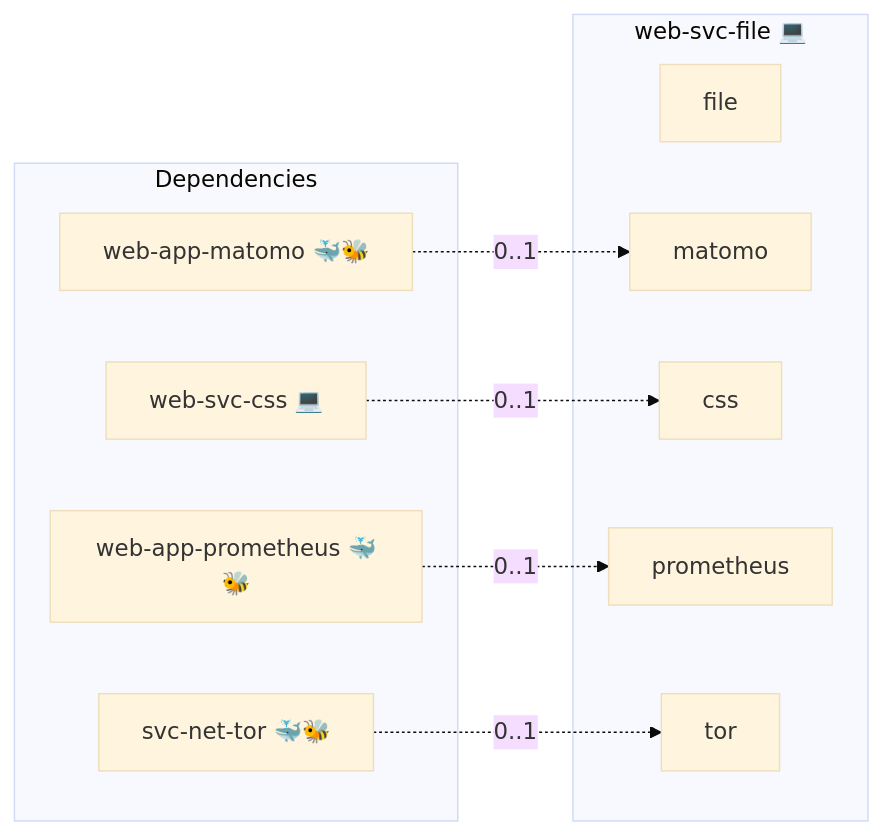
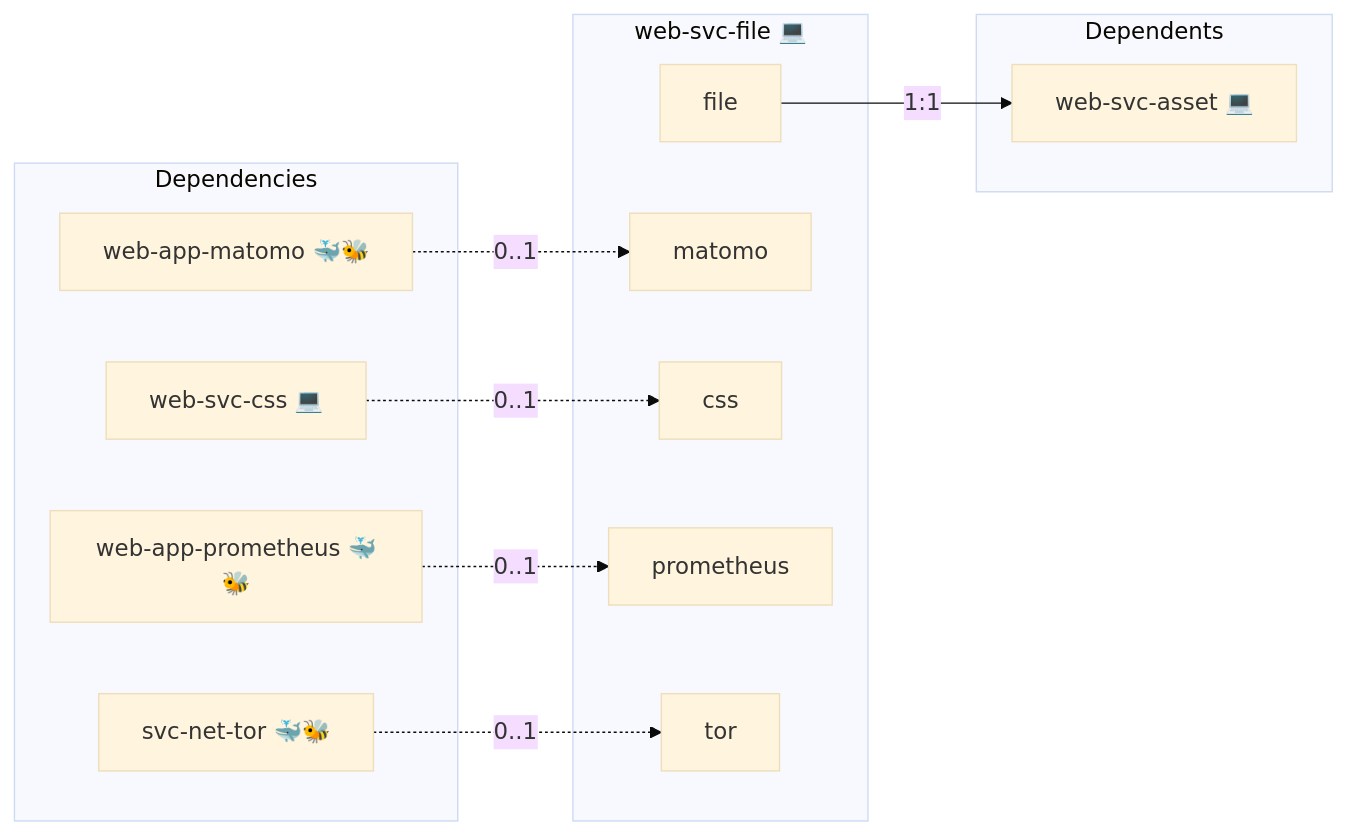
The diagram in roles/web-svc-file/README.md (AlejandroRomanIbanez/infinito-nexus), drawn with Mermaid (base theme) before and after one commit. The commit also changed other lines of this file and 256 other files, not shown here.

````diff
--- a/roles/web-svc-file/README.md
+++ b/roles/web-svc-file/README.md
@@ -15,20 +15,24 @@
 ```mermaid
 flowchart LR
     subgraph deps [Dependencies]
         dep_svc_net_tor["svc-net-tor 🐳🐝"]
         dep_web_app_matomo["web-app-matomo 🐳🐝"]
         dep_web_app_prometheus["web-app-prometheus 🐳🐝"]
         dep_web_svc_css["web-svc-css 💻"]
     end
     subgraph role [web-svc-file 💻]
         svc_file["file"]
         svc_matomo["matomo"]
         svc_css["css"]
         svc_prometheus["prometheus"]
         svc_tor["tor"]
     end
+    subgraph dependents [Dependents]
+        dpt_web_svc_asset["web-svc-asset 💻"]
+    end
     dep_svc_net_tor -. "0..1" .-> svc_tor
     dep_web_app_matomo -. "0..1" .-> svc_matomo
     dep_web_app_prometheus -. "0..1" .-> svc_prometheus
     dep_web_svc_css -. "0..1" .-> svc_css
+    svc_file -- "1:1" --> dpt_web_svc_asset
 ```
````
